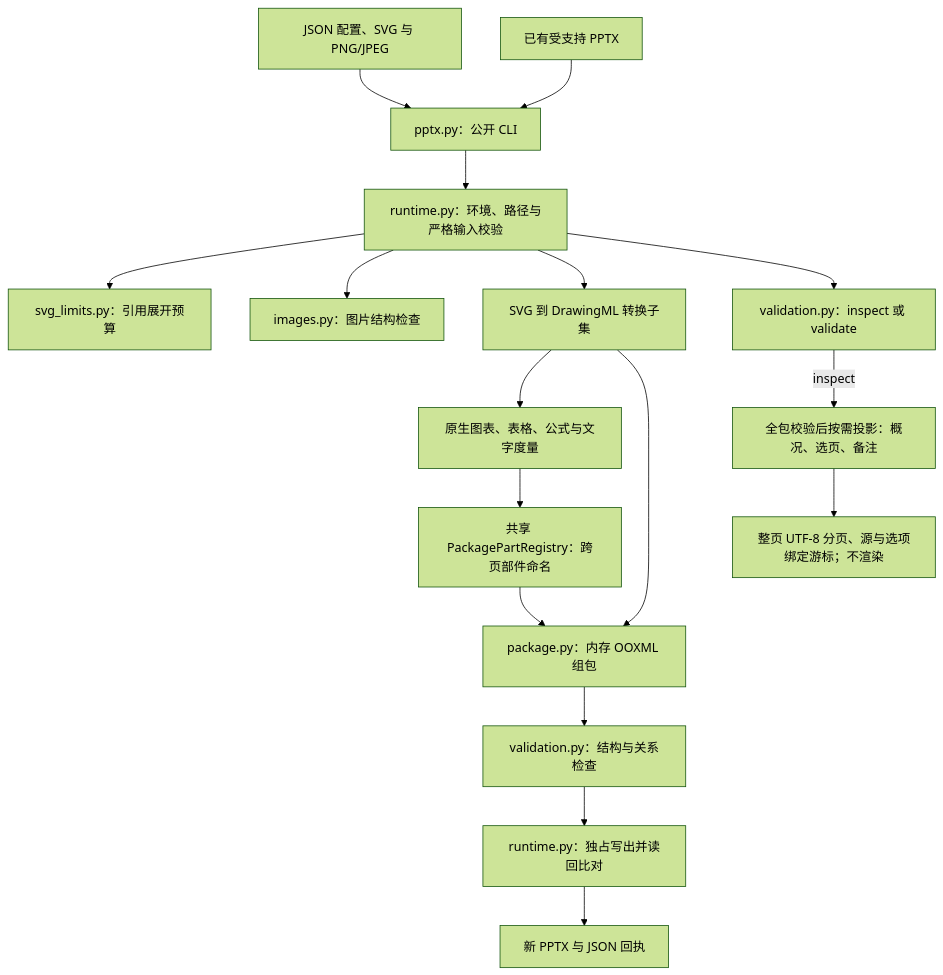
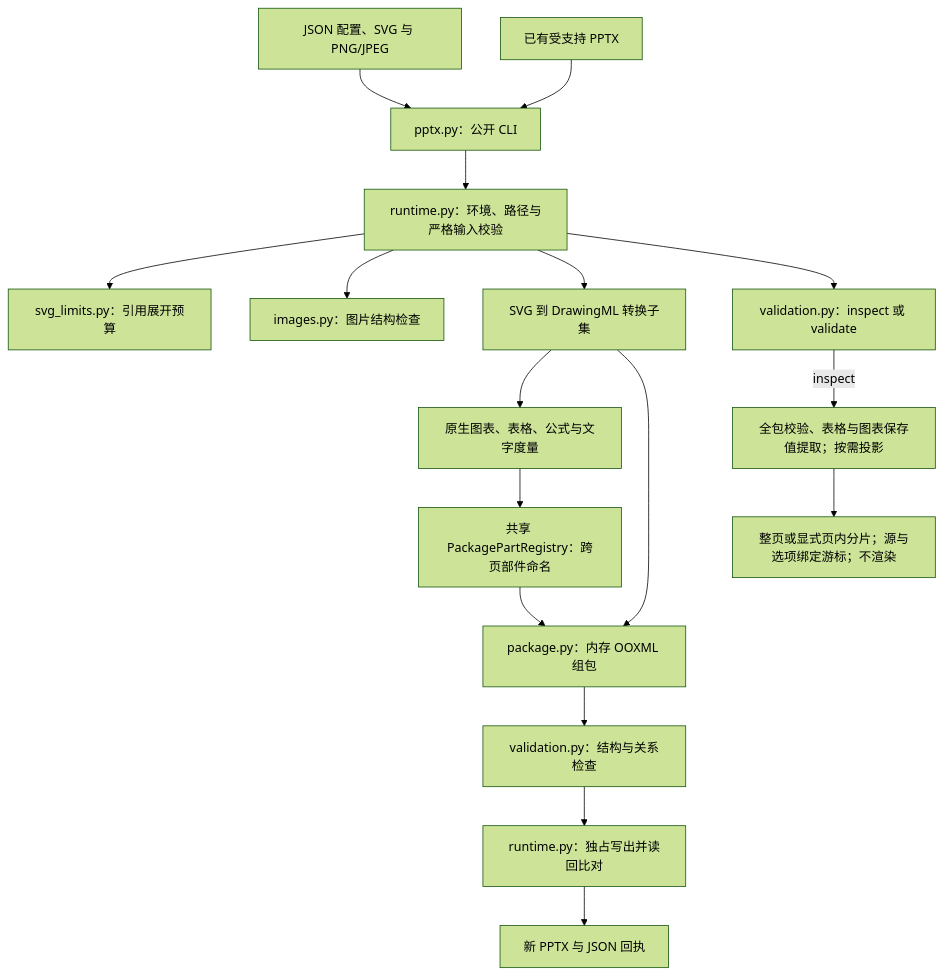
One commit to JohnParken/PSL-SKILLS changed the first of 2 diagrams in docs/skills/pptx.md. Above: the diagram before and after it, drawn with Mermaid (forest theme). The commit also changed other lines of this file and 16 other files, not shown here.

````diff
--- a/docs/skills/pptx.md
+++ b/docs/skills/pptx.md
@@ -23,19 +23,19 @@
 ```mermaid
 flowchart TD
     A["JSON 配置、SVG 与 PNG/JPEG"] --> B["pptx.py：公开 CLI"]
     B --> C["runtime.py：环境、路径与严格输入校验"]
     C --> D["svg_limits.py：引用展开预算"]
     C --> E["images.py：图片结构检查"]
     C --> F["SVG 到 DrawingML 转换子集"]
     F --> G["原生图表、表格、公式与文字度量"]
     G --> H["共享 PackagePartRegistry：跨页部件命名"]
     F --> I["package.py：内存 OOXML 组包"]
     H --> I
     I --> J["validation.py：结构与关系检查"]
     J --> K["runtime.py：独占写出并读回比对"]
     K --> L["新 PPTX 与 JSON 回执"]
     M["已有受支持 PPTX"] --> B
     C --> N["validation.py：inspect 或 validate"]
-    N -->|"inspect"| O["全包校验后按需投影：概况、选页、备注"]
-    O --> P["整页 UTF-8 分页、源与选项绑定游标；不渲染"]
+    N -->|"inspect"| O["全包校验、表格与图表保存值提取；按需投影"]
+    O --> P["整页或显式页内分片；源与选项绑定游标；不渲染"]
 ```
````
